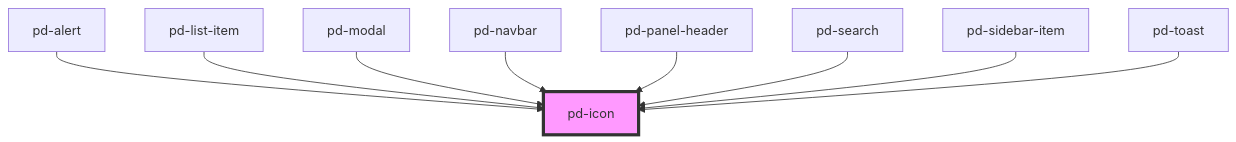
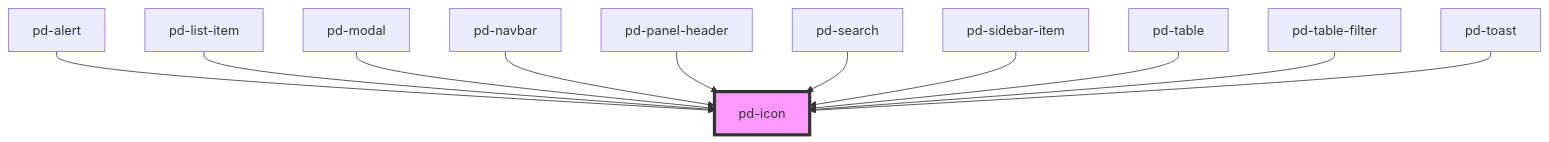
The diagram in src/components/pd-icon/readme.md (Lambda-IT/parlamentsdienste-components), drawn with Mermaid before and after one commit. The commit also changed other lines of this file and 118 other files, not shown here.

Commit message:
improved icons. styles. table filter wip

````diff
--- a/src/components/pd-icon/readme.md
+++ b/src/components/pd-icon/readme.md
@@ -56,12 +58,14 @@
 ```mermaid
 graph TD;
   pd-alert --> pd-icon
   pd-list-item --> pd-icon
   pd-modal --> pd-icon
   pd-navbar --> pd-icon
   pd-panel-header --> pd-icon
   pd-search --> pd-icon
   pd-sidebar-item --> pd-icon
+  pd-table --> pd-icon
+  pd-table-filter --> pd-icon
   pd-toast --> pd-icon
   style pd-icon fill:#f9f,stroke:#333,stroke-width:4px
 ```
````
